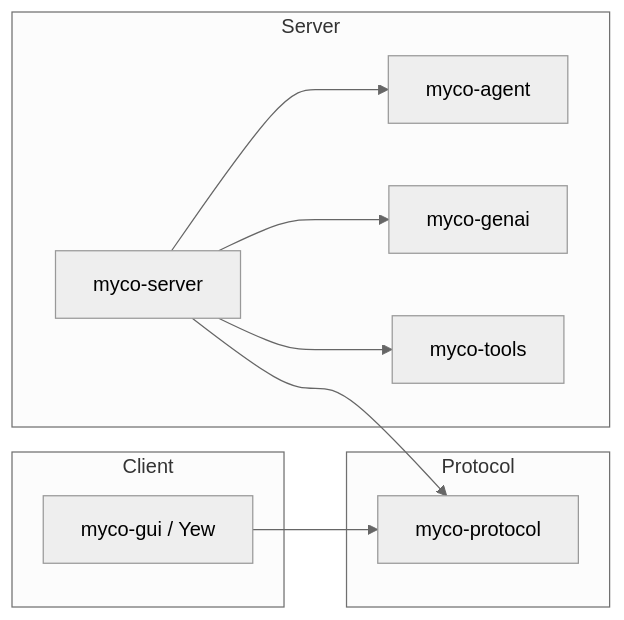
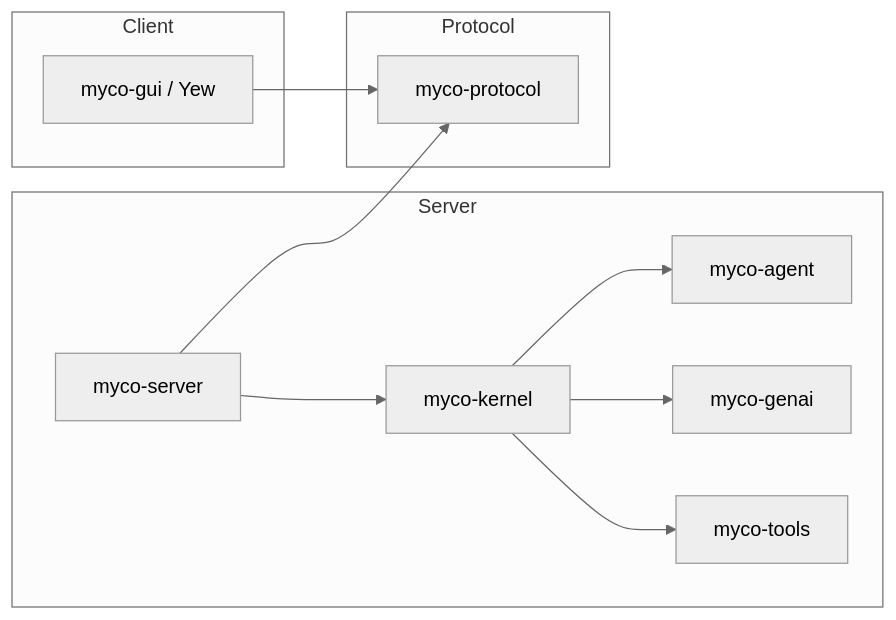
The diagram in DESIGN.md (tsnl/myco), drawn with Mermaid (neutral theme) before and after one commit. The commit also changed other lines of this file, not shown here.

Commit message:
Separate kernel API and simplify agent state

````diff
--- a/DESIGN.md
+++ b/DESIGN.md
@@ -7,16 +7,17 @@
 ```mermaid
 flowchart LR
     subgraph Server
-        server[myco-server] --> agent[myco-agent]
-        server --> genai[myco-genai]
-        server --> tools[myco-tools]
+        server[myco-server] --> kernel[myco-kernel]
+        kernel --> agent[myco-agent]
+        kernel --> genai[myco-genai]
+        kernel --> tools[myco-tools]
     end
     subgraph Protocol
         protocol[myco-protocol]
     end
     subgraph Client
         gui[myco-gui / Yew]
     end
     server --> protocol
     gui --> protocol
 ```
````
